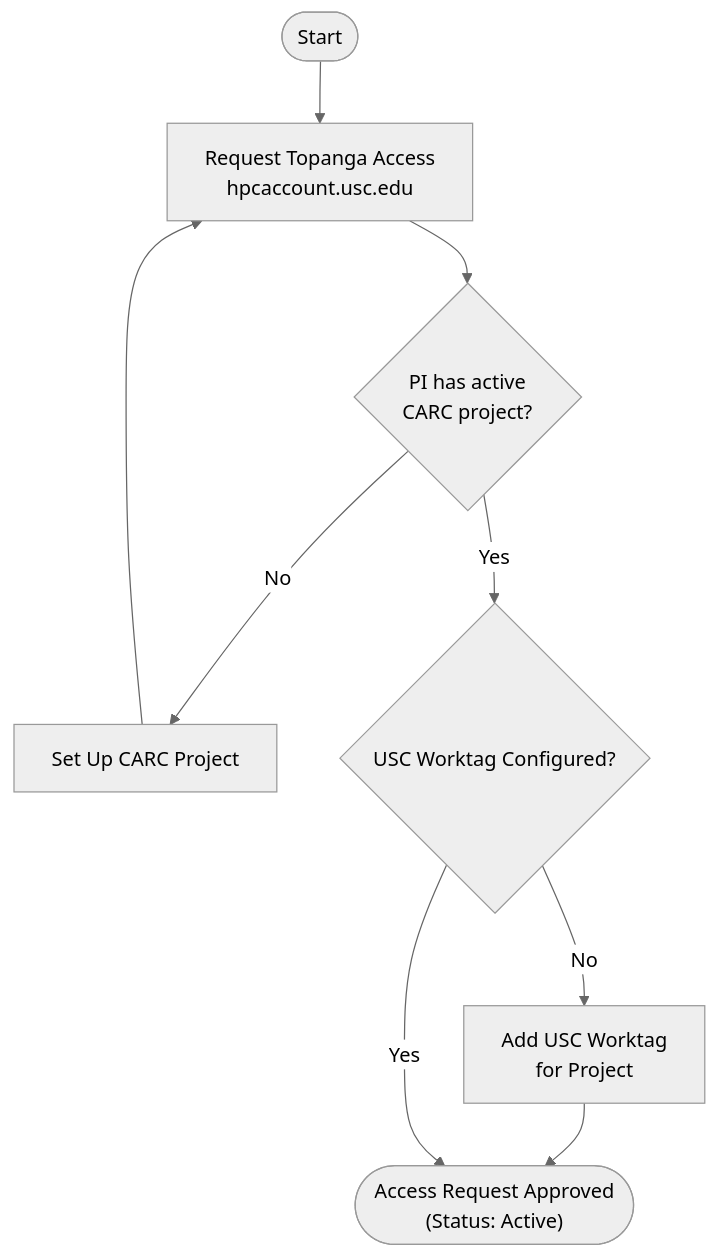
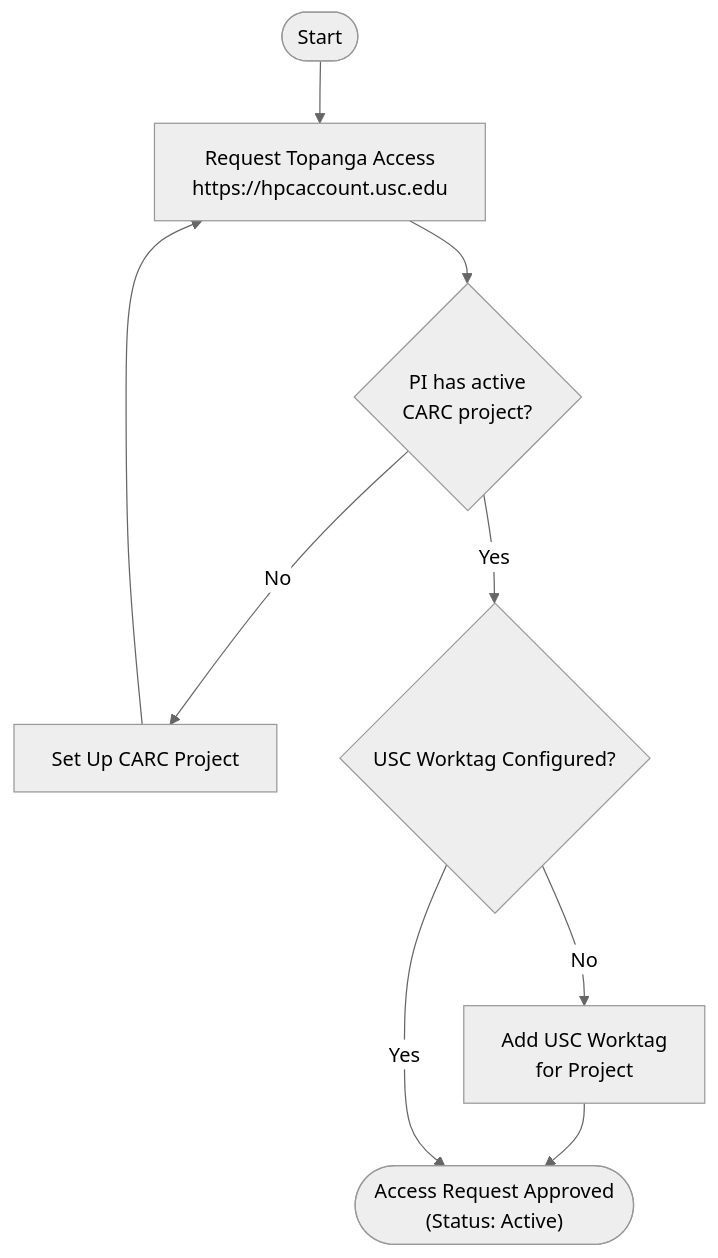
Before and after one commit to uschpc/USC-BackendAI-Testing-Docs: the diagram in Topanga Setup Process.md, drawn with Mermaid (neutral theme). The commit also changed other lines of this file, not shown here.

Commit message:
Update Topanga Setup Process.md

````diff
--- a/Topanga Setup Process.md
+++ b/Topanga Setup Process.md
@@ -3,17 +3,17 @@
 ```mermaid
 flowchart TD
     Start(["Start"])
-    ReqAccess["Request Topanga Access<br/>hpcaccount.usc.edu"]
+    ReqAccess["Request Topanga Access<br/>https://hpcaccount.usc.edu"]
     Prereq{"PI has active<br/>CARC project?"}
     FixPrereq["Set Up CARC Project"]
     WorkTag{"USC Worktag Configured?"}
     AddTag["Add USC Worktag<br/>for Project"]
     Approved(["Access Request Approved<br/>(Status: Active)"])
 
     Start --> ReqAccess
     ReqAccess --> Prereq
     Prereq -- "No" --> FixPrereq --> ReqAccess
     Prereq -- "Yes" --> WorkTag
     WorkTag -- "No" --> AddTag --> Approved
     WorkTag -- "Yes" --> Approved
 ```
````
